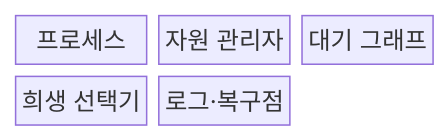
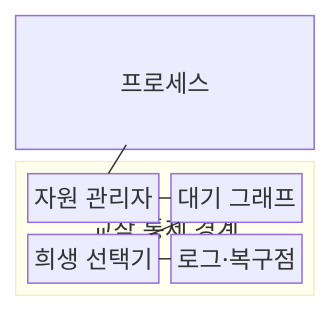
The first of 2 diagrams in src/content/docs/notes/03-software/009_deadlock.md (agnusdei1207/knowledge-base), drawn with Mermaid before and after one commit. The commit also changed other lines of this file and 20 other files, not shown here.

````diff
--- a/src/content/docs/notes/03-software/009_deadlock.md
+++ b/src/content/docs/notes/03-software/009_deadlock.md
@@ -64,9 +65,16 @@
 ```mermaid
-block-beta
-  columns 3
-  P["프로세스"]
-  R["자원 관리자"]
-  G["대기 그래프"]
-  V["희생 선택기"]
-  L["로그·복구점"]
+block
+    columns 1
+    P["프로세스"]
+    block:D["교착 통제 경계"]
+        columns 2
+        R["자원 관리자"]
+        G["대기 그래프"]
+        V["희생 선택기"]
+        L["로그·복구점"]
+    end
+    P --- R
+    R --- G
+    G --- V
+    V --- L
 ```
````
